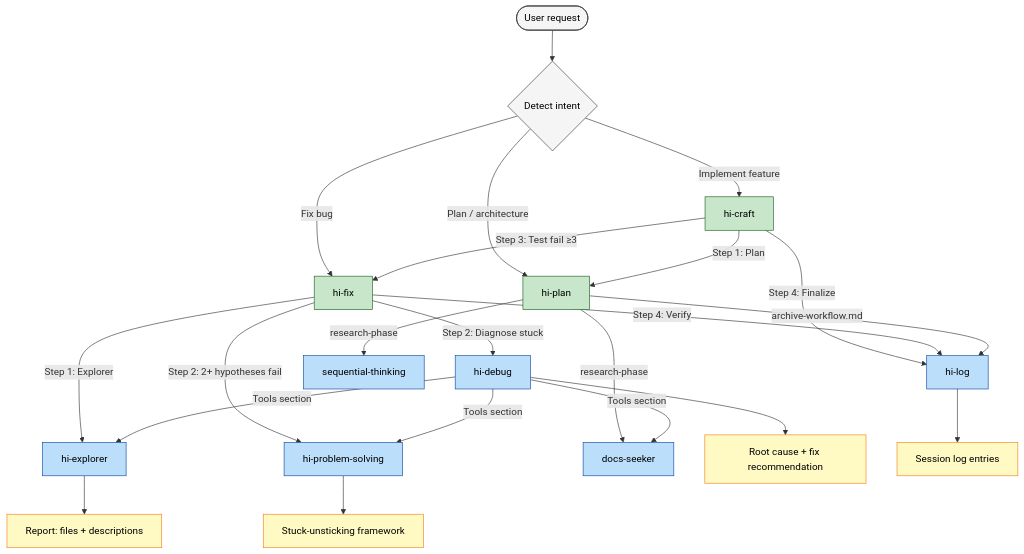
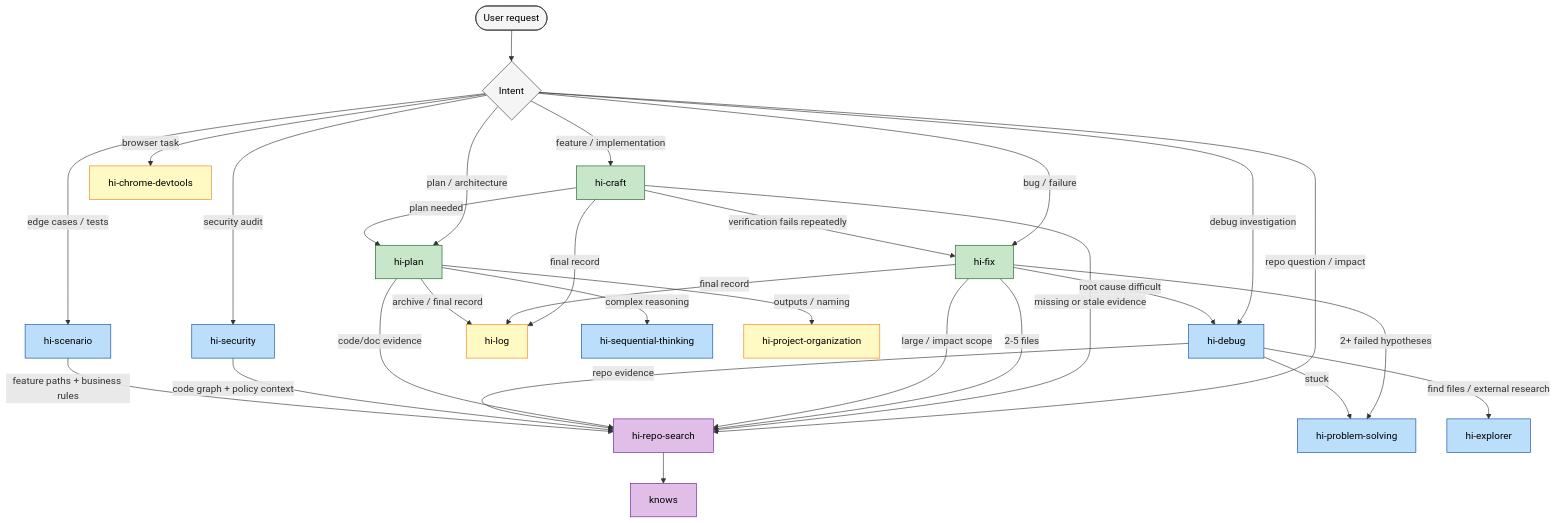
The fourth of 4 diagrams in README.md (baka3k/dev-kit), drawn with Mermaid before and after one commit. The commit also changed other lines of this file, not shown here.

````diff
--- a/README.md
+++ b/README.md
@@ -480,41 +382,49 @@
 ```mermaid
 graph TD
-    User([User request]) --> Detect{Detect intent}
+    User(["User request"]) --> Detect{"Intent"}
 
-    Detect -->|Implement feature| Craft[hi-craft]
-    Detect -->|Fix bug| Fix[hi-fix]
-    Detect -->|Plan / architecture| Plan[hi-plan]
+    Detect -->|feature / implementation| Craft["hi-craft"]
+    Detect -->|bug / failure| Fix["hi-fix"]
+    Detect -->|plan / architecture| Plan["hi-plan"]
+    Detect -->|repo question / impact| RepoSearch["hi-repo-search"]
+    Detect -->|debug investigation| Debug["hi-debug"]
+    Detect -->|security audit| Security["hi-security"]
+    Detect -->|edge cases / tests| Scenario["hi-scenario"]
+    Detect -->|browser task| Chrome["hi-chrome-devtools"]
 
-    Craft -->|Step 1: Plan| Plan
-    Craft -->|Step 3: Test fail ≥3| Fix
-    Craft -->|Step 4: Finalize| Log[hi-log]
+    Craft -->|missing or stale evidence| RepoSearch
+    Craft -->|plan needed| Plan
+    Craft -->|verification fails repeatedly| Fix
+    Craft -->|final record| Log["hi-log"]
 
-    Fix -->|Step 1: Explorer| explorer[hi-explorer]
-    Fix -->|Step 2: Diagnose stuck| Debug[hi-debug]
-    Fix -->|Step 2: 2+ hypotheses fail| PS[hi-problem-solving]
-    Fix -->|Step 4: Verify| Log
+    Fix -->|2-5 files| RepoSearch
+    Fix -->|large / impact scope| RepoSearch
+    Fix -->|root cause difficult| Debug
+    Fix -->|2+ failed hypotheses| ProblemSolving["hi-problem-solving"]
+    Fix -->|final record| Log
 
-    Plan -->|research-phase| ST[sequential-thinking]
-    Plan -->|research-phase| Docs[docs-seeker]
-    Plan -->|archive-workflow.md| Log
+    Plan -->|code/doc evidence| RepoSearch
+    Plan -->|complex reasoning| Sequential["hi-sequential-thinking"]
+    Plan -->|outputs / naming| Org["hi-project-organization"]
+    Plan -->|archive / final record| Log
 
-    Debug -->|Tools section| explorer
-    Debug -->|Tools section| Docs
-    Debug -->|Tools section| PS
+    Debug -->|find files / external research| Explorer["hi-explorer"]
+    Debug -->|repo evidence| RepoSearch
+    Debug -->|stuck| ProblemSolving
 
-    explorer --> Output[Report: files + descriptions]
-    Debug --> Output2[Root cause + fix recommendation]
-    PS --> Output3[Stuck-unsticking framework]
-    Log --> Output4[Session log entries]
+    Security -->|code graph + policy context| RepoSearch
+    Scenario -->|feature paths + business rules| RepoSearch
+    RepoSearch --> Knows["knows"]
 
     classDef primary fill:#c8e6c9,stroke:#1b5e20,color:#000
-    classDef linked fill:#bbdefb,stroke:#0d47a1,color:#000
-    classDef leaf fill:#fff9c4,stroke:#f57f17,color:#000
-    classDef endnode fill:#f5f5f5,stroke:#333,color:#000
+    classDef evidence fill:#e1bee7,stroke:#6a1b9a,color:#000
+    classDef analysis fill:#bbdefb,stroke:#0d47a1,color:#000
+    classDef utility fill:#fff9c4,stroke:#f57f17,color:#000
+    classDef external fill:#f5f5f5,stroke:#333,color:#000
 
     class Craft,Fix,Plan primary
-    class explorer,Debug,Log,ST,Docs,PS linked
-    class Output,Output2,Output3,Output4 leaf
-    class User,Detect endnode
-
+    class RepoSearch,Knows evidence
+    class Debug,Security,Scenario,Sequential,ProblemSolving,Explorer analysis
+    class Log,Org,Chrome utility
+    class User,Detect external
 ```
````
